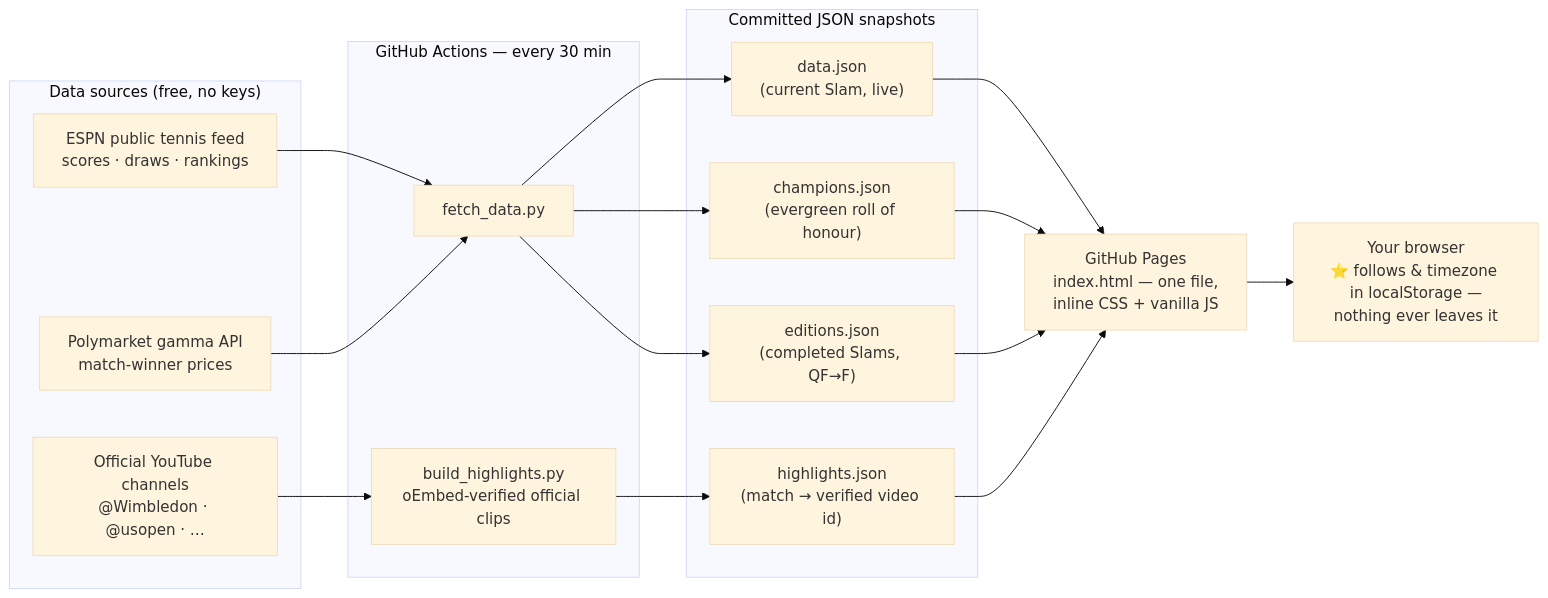
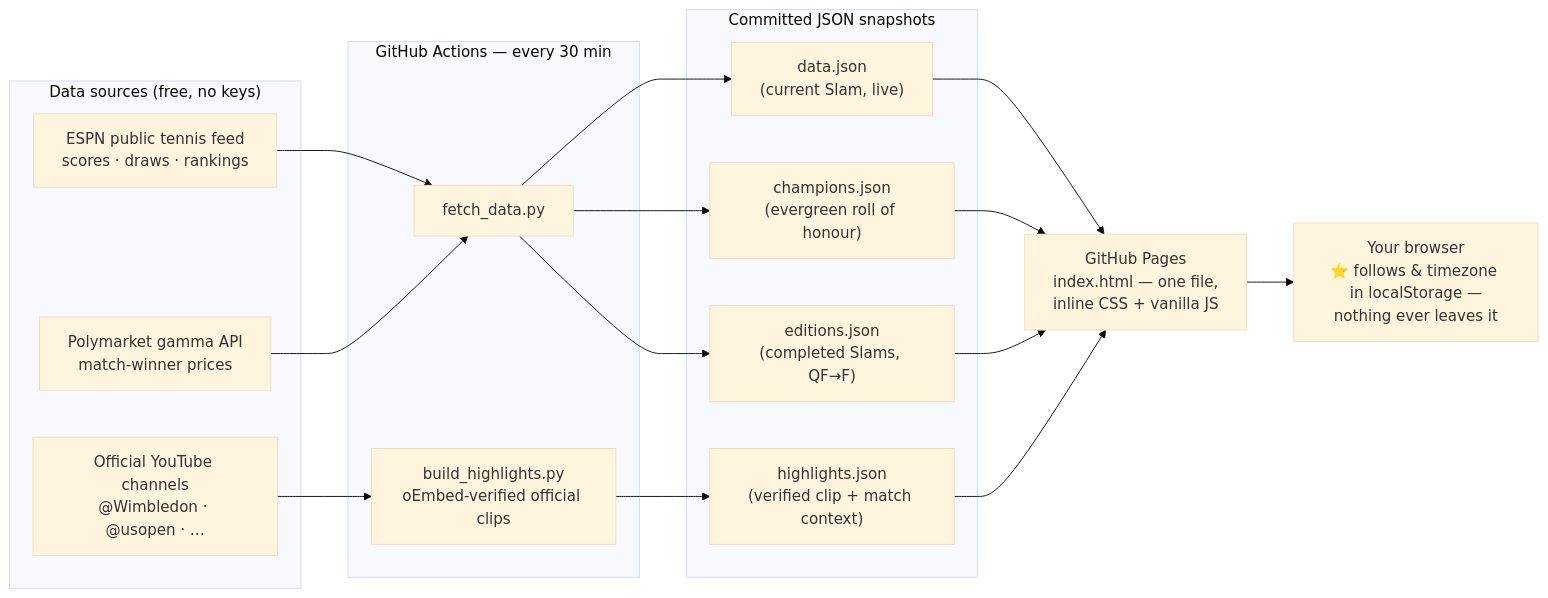
One commit to danpune/tennis-slams-tracker changed the diagram in README.md. Above: the diagram before and after it, drawn with Mermaid (base theme). The commit also changed other lines of this file and 4 other files, not shown here.

````diff
--- a/README.md
+++ b/README.md
@@ -30,30 +30,30 @@
 ```mermaid
 flowchart LR
     subgraph sources ["Data sources (free, no keys)"]
         ESPN["ESPN public tennis feed<br/>scores · draws · rankings"]
         PM["Polymarket gamma API<br/>match-winner prices"]
         YT["Official YouTube channels<br/>@Wimbledon · @usopen · …"]
     end
 
     subgraph actions ["GitHub Actions — every 30 min"]
         F["fetch_data.py"]
         H["build_highlights.py<br/>oEmbed-verified official clips"]
     end
 
     subgraph repo ["Committed JSON snapshots"]
         D["data.json<br/>(current Slam, live)"]
         C["champions.json<br/>(evergreen roll of honour)"]
         E["editions.json<br/>(completed Slams, QF→F)"]
-        HL["highlights.json<br/>(match → verified video id)"]
+        HL["highlights.json<br/>(verified clip + match context)"]
     end
 
     Pages["GitHub Pages<br/>index.html — one file,<br/>inline CSS + vanilla JS"]
     B["Your browser<br/>⭐ follows & timezone in localStorage —<br/>nothing ever leaves it"]
 
     ESPN --> F
     PM --> F
     YT --> H
     F --> D & C & E
     H --> HL
     D & C & E & HL --> Pages --> B
 ```
````
